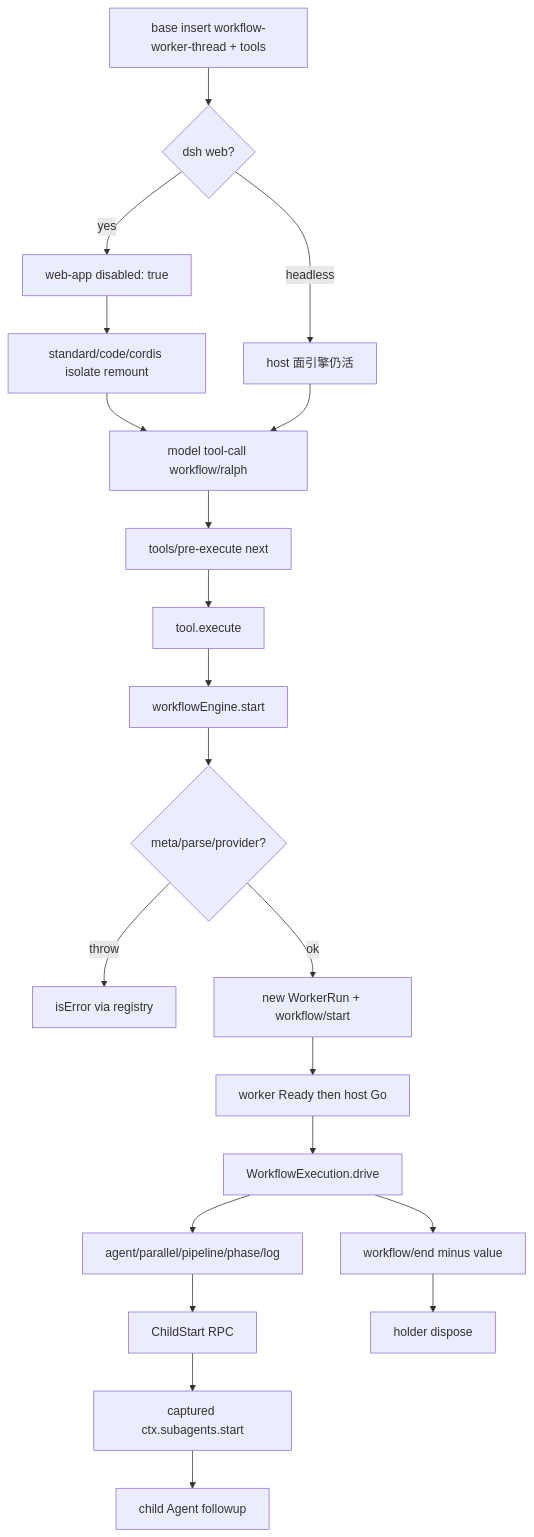
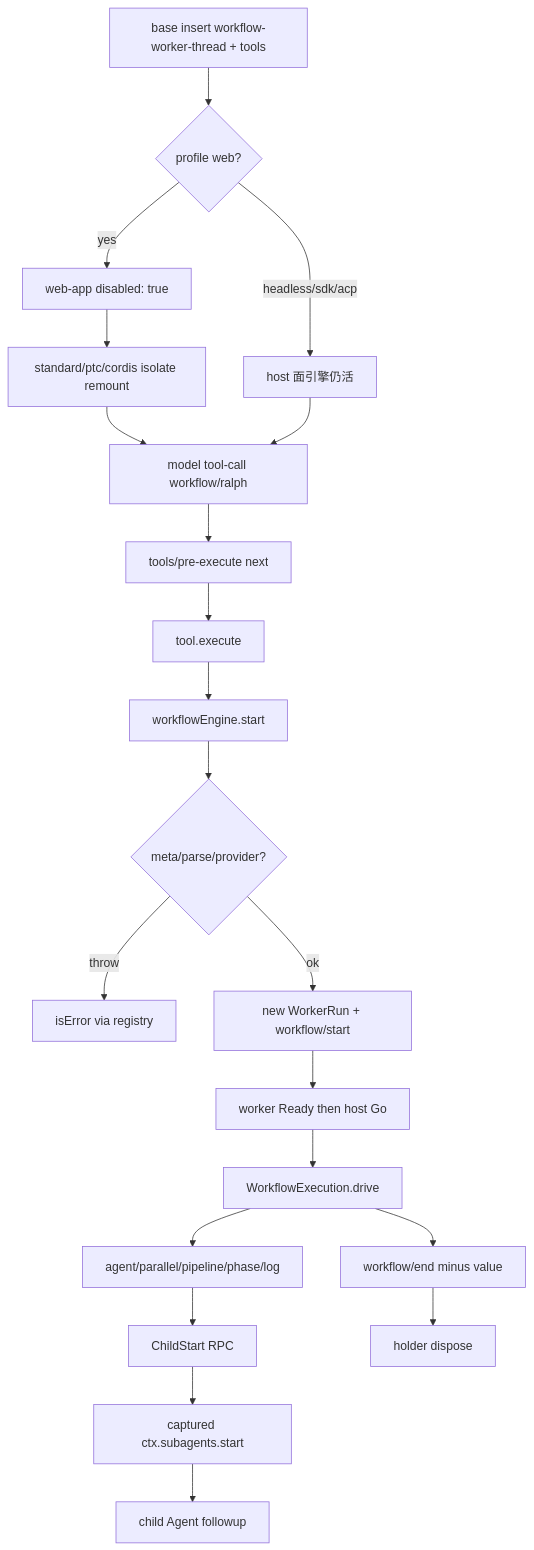
One commit to wdnmdtonyma/SOTA-Agent-LLM-Wiki changed the diagram in docs/llm-wiki/deepseek-harness/subsystems/orchestration/workflow.md. Above: the diagram before and after it, drawn with Mermaid. The commit also changed other lines of this file and 217 other files, not shown here.

````diff
--- a/docs/llm-wiki/deepseek-harness/subsystems/orchestration/workflow.md
+++ b/docs/llm-wiki/deepseek-harness/subsystems/orchestration/workflow.md
@@ -127,23 +130,23 @@
 ```mermaid
 flowchart TD
-  Base["base insert workflow-worker-thread + tools"] --> Web{"dsh web?"}
+  Base["base insert workflow-worker-thread + tools"] --> Web{"profile web?"}
   Web -->|yes| Disable["web-app disabled: true"]
-  Web -->|headless| HostLive["host 面引擎仍活"]
-  Disable --> Preset["standard/code/cordis isolate remount"]
+  Web -->|headless/sdk/acp| HostLive["host 面引擎仍活"]
+  Disable --> Preset["standard/ptc/cordis isolate remount"]
   Preset --> Tool["model tool-call workflow/ralph"]
   HostLive --> Tool
   Tool --> Waterfall["tools/pre-execute next"]
   Waterfall --> Exec["tool.execute"]
   Exec --> Start["workflowEngine.start"]
   Start --> Sync{"meta/parse/provider?"}
   Sync -->|throw| ToolErr["isError via registry"]
   Sync -->|ok| Worker["new WorkerRun + workflow/start"]
   Worker --> Ready["worker Ready then host Go"]
   Ready --> Drive["WorkflowExecution.drive"]
   Drive --> Hook["agent/parallel/pipeline/phase/log"]
   Hook --> RPC["ChildStart RPC"]
   RPC --> Sub["captured ctx.subagents.start"]
   Sub --> Child["child Agent followup"]
   Drive --> Result["workflow/end minus value"]
   Result --> Dispose["holder dispose"]
 ```
````
